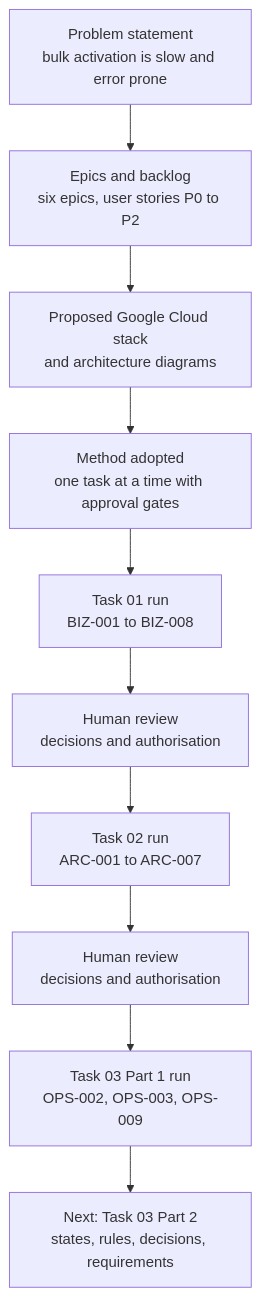
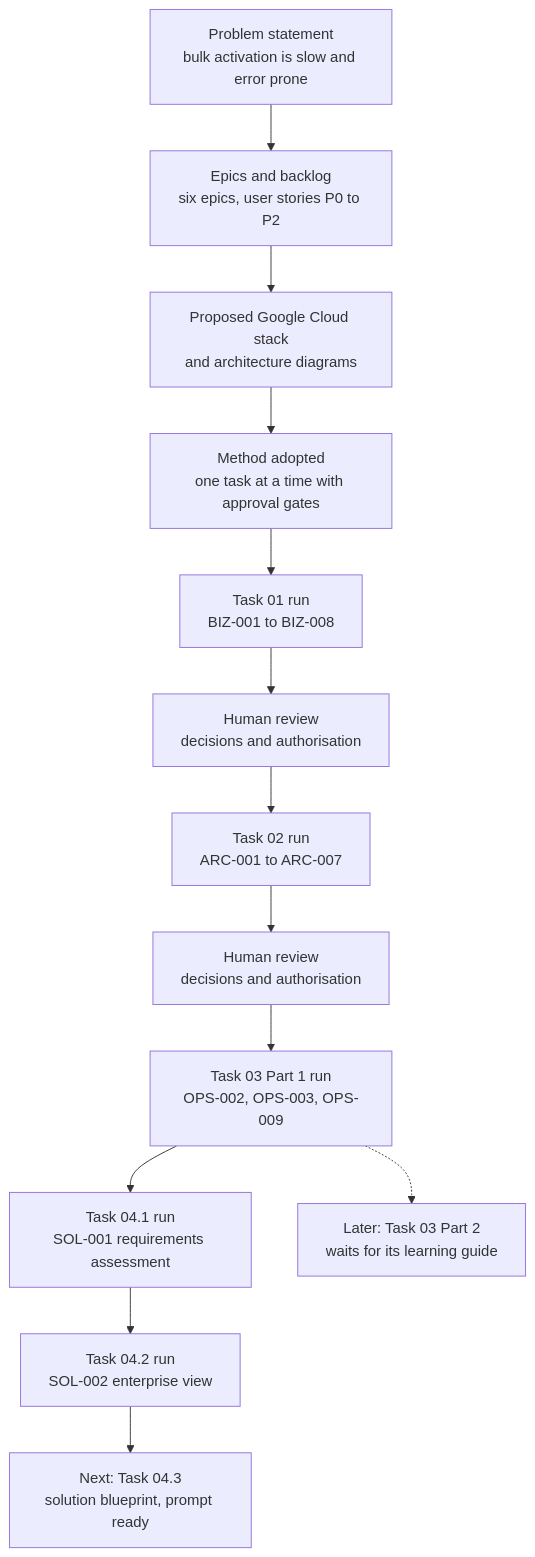
The first of 5 diagrams in docs/project-recap.md (maheshjq/guided-payroll-activation), drawn with Mermaid before and after one commit. The commit also changed other lines of this file, not shown here.

First line of the commit message:
Update project recap with Task 04.1, 04.2 and the 04.3 prompt

````diff
--- a/docs/project-recap.md
+++ b/docs/project-recap.md
@@ -11,12 +11,15 @@
 ```mermaid
 flowchart TB
     A["Problem statement<br/>bulk activation is slow and error prone"] --> B["Epics and backlog<br/>six epics, user stories P0 to P2"]
     B --> C["Proposed Google Cloud stack<br/>and architecture diagrams"]
     C --> D["Method adopted<br/>one task at a time with approval gates"]
     D --> E["Task 01 run<br/>BIZ-001 to BIZ-008"]
     E --> F["Human review<br/>decisions and authorisation"]
     F --> G["Task 02 run<br/>ARC-001 to ARC-007"]
     G --> I["Human review<br/>decisions and authorisation"]
     I --> J["Task 03 Part 1 run<br/>OPS-002, OPS-003, OPS-009"]
-    J --> H["Next: Task 03 Part 2<br/>states, rules, decisions, requirements"]
+    J --> K["Task 04.1 run<br/>SOL-001 requirements assessment"]
+    K --> L["Task 04.2 run<br/>SOL-002 enterprise view"]
+    L --> H["Next: Task 04.3<br/>solution blueprint, prompt ready"]
+    J -.-> H2["Later: Task 03 Part 2<br/>waits for its learning guide"]
 ```
````
